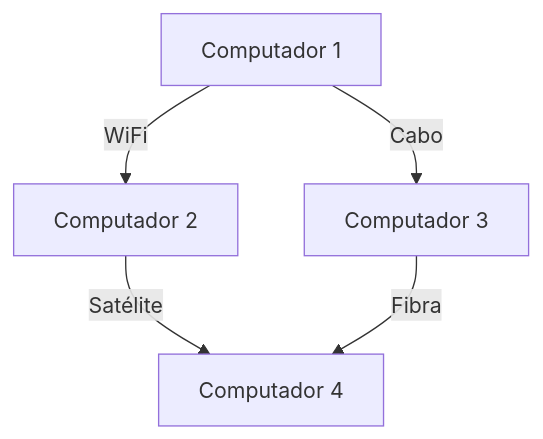
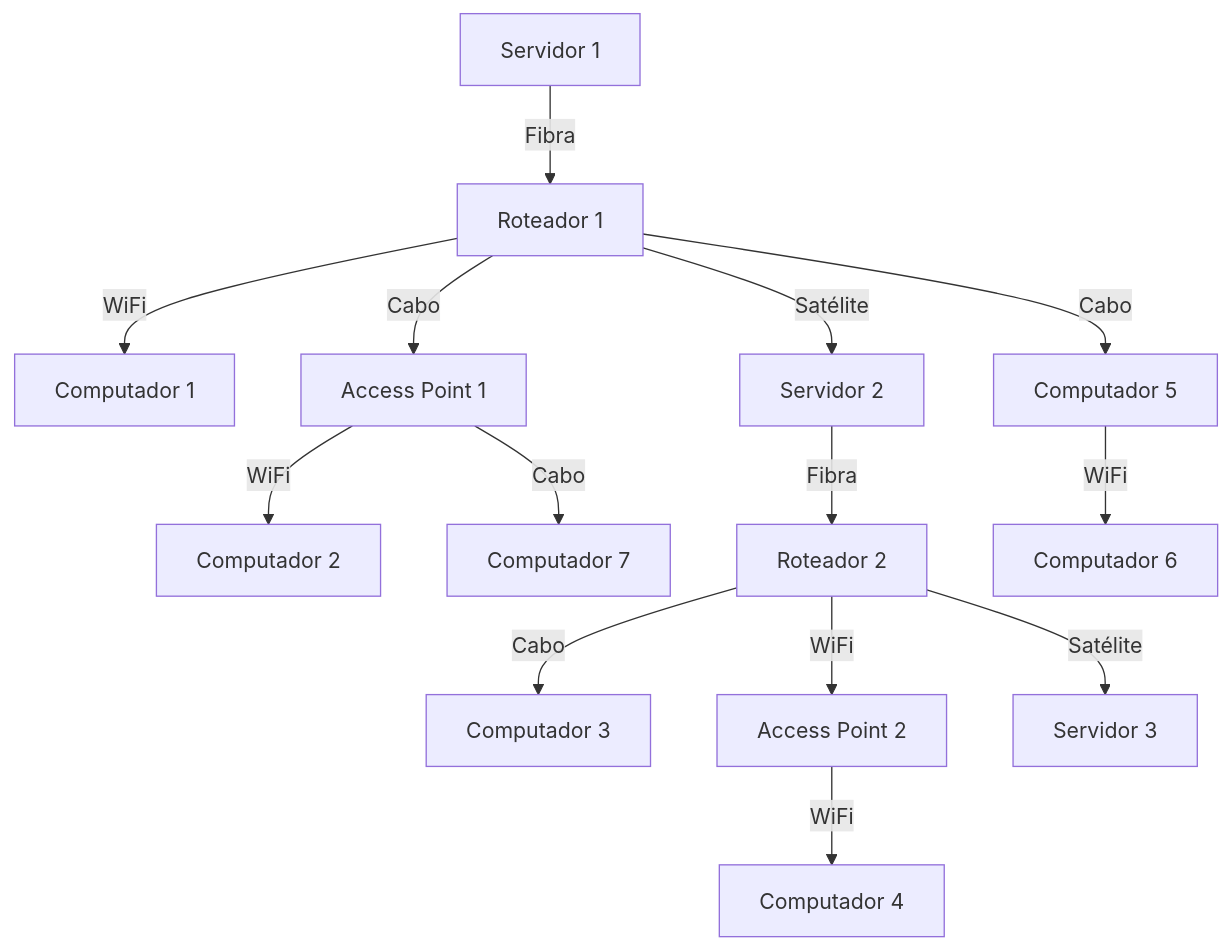
One commit to jdalmeida/redes_pc_pjfinal changed the diagram in README.md. Above: the diagram before and after it, drawn with Mermaid. The commit also changed other lines of this file, not shown here.

Commit message:
docs: add device type vertices to README

````diff
--- a/README.md
+++ b/README.md
@@ -17,7 +18,16 @@
 ```mermaid
 graph TD
-    A[Computador 1] -- WiFi --> B[Computador 2]
-    A -- Cabo --> C[Computador 3]
-    B -- Satélite --> D[Computador 4]
-    C -- Fibra --> D
+    A[Servidor 1] -- Fibra --> B[Roteador 1]
+    B -- WiFi --> C[Computador 1]
+    B -- Cabo --> D[Access Point 1]
+    D -- WiFi --> E[Computador 2]
+    B -- Satélite --> F[Servidor 2]
+    F -- Fibra --> G[Roteador 2]
+    G -- Cabo --> H[Computador 3]
+    G -- WiFi --> I[Access Point 2]
+    I -- WiFi --> J[Computador 4]
+    G -- Satélite --> K[Servidor 3]
+    B -- Cabo --> L[Computador 5]
+    L -- WiFi --> M[Computador 6]
+    D -- Cabo --> N[Computador 7]
 ```
````
